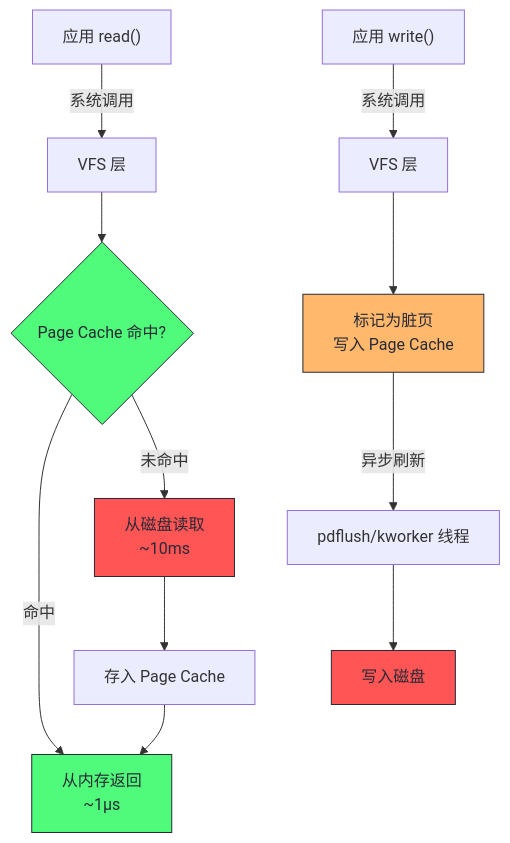
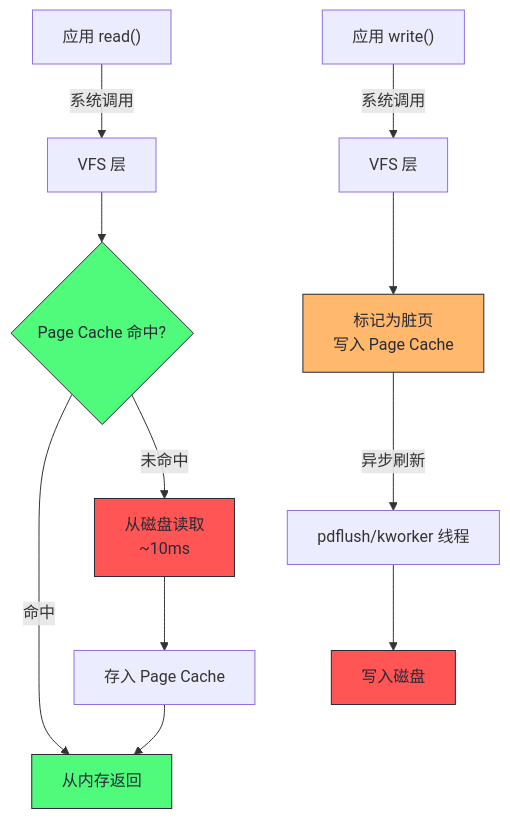
One commit to hpliStartAgain/my-brain changed the second of 4 diagrams in content/Linux/系统性能工程实战/06 内存：从 NUMA 与页表到 JVM 堆模型.md. Above: the diagram before and after it, drawn with Mermaid. The commit also changed other lines of this file and 52 other files, not shown here.

````diff
--- a/content/Linux/系统性能工程实战/06 内存：从 NUMA 与页表到 JVM 堆模型.md
+++ b/content/Linux/系统性能工程实战/06 内存：从 NUMA 与页表到 JVM 堆模型.md
@@ -87,20 +121,20 @@
 ```mermaid
 graph TD
     READ["应用 read()"] -->|"系统调用"| VFS["VFS 层"]
     VFS --> PC{"Page Cache 命中?"}
     PC -->|"命中"| MEM["从内存返回<br/>~1μs"]
     PC -->|"未命中"| DISK["从磁盘读取<br/>~10ms"]
     DISK --> PCACHE["存入 Page Cache"]
-    PCACHE --> MEM
+    PCACHE --> MEM["从内存返回"]
     WRITE["应用 write()"] -->|"系统调用"| VFS2["VFS 层"]
     VFS2 --> DIRTY["标记为脏页<br/>写入 Page Cache"]
     DIRTY -->|"异步刷新"| PD["pdflush/kworker 线程"]
     PD --> DISK2["写入磁盘"]
-    
+
     classDef fast fill:#50fa7b,stroke:#282a36,color:#282a36
     classDef mid fill:#ffb86c,stroke:#282a36,color:#282a36
     classDef slow fill:#ff5555,stroke:#282a36,color:#282a36
     class MEM,PC fast
     class DIRTY,PDCACHE mid
     class DISK,DISK2 slow
 ```
````
